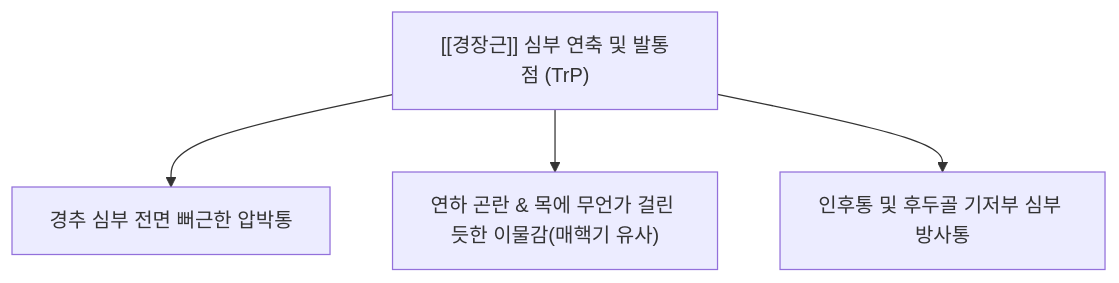
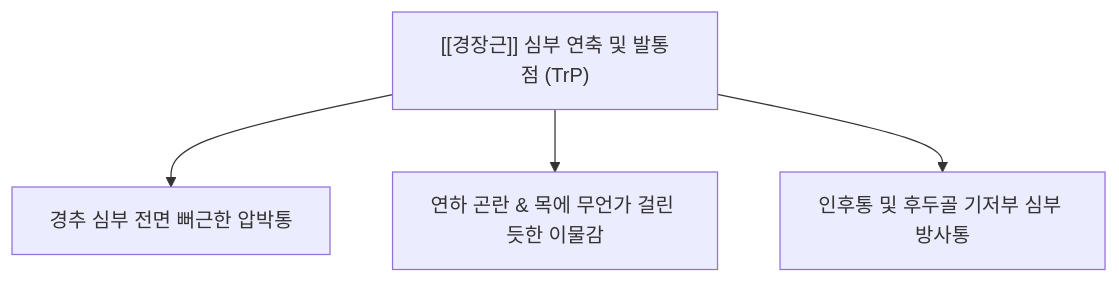
The second of 2 diagrams in content/1. 근골격계 공부/근육/(2) 경부/경장근.md (simbio11/simbio-digital-garden2), drawn with Mermaid before and after one commit. The commit also changed other lines of this file and 150 other files, not shown here.

````diff
--- a/content/1. 근골격계 공부/근육/(2) 경부/경장근.md
+++ b/content/1. 근골격계 공부/근육/(2) 경부/경장근.md
@@ -71,6 +78,6 @@
 ```mermaid
-graph TD
+flowchart TD
     LongusColli_Spasm["[[경장근]] 심부 연축 및 발통점 (TrP)"] --> DeepNeckAche["경추 심부 전면 뻐근한 압박통"]
-    LongusColli_Spasm --> Dysphagia["연하 곤란 & 목에 무언가 걸린 듯한 이물감(매핵기 유사)"]
+    LongusColli_Spasm --> Dysphagia["연하 곤란 & 목에 무언가 걸린 듯한 이물감"]
     LongusColli_Spasm --> RetropharyngealPain["인후통 및 후두골 기저부 심부 방사통"]
 ```
````
